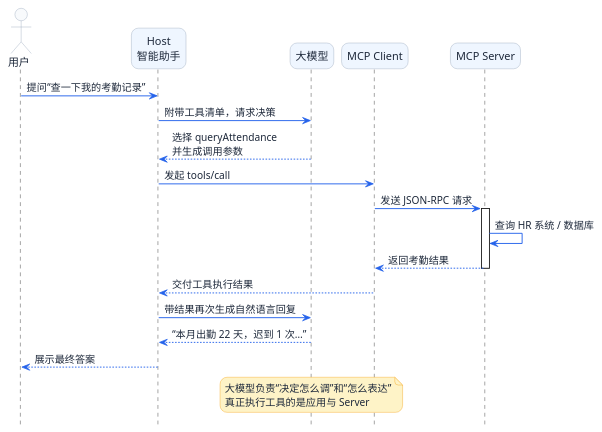
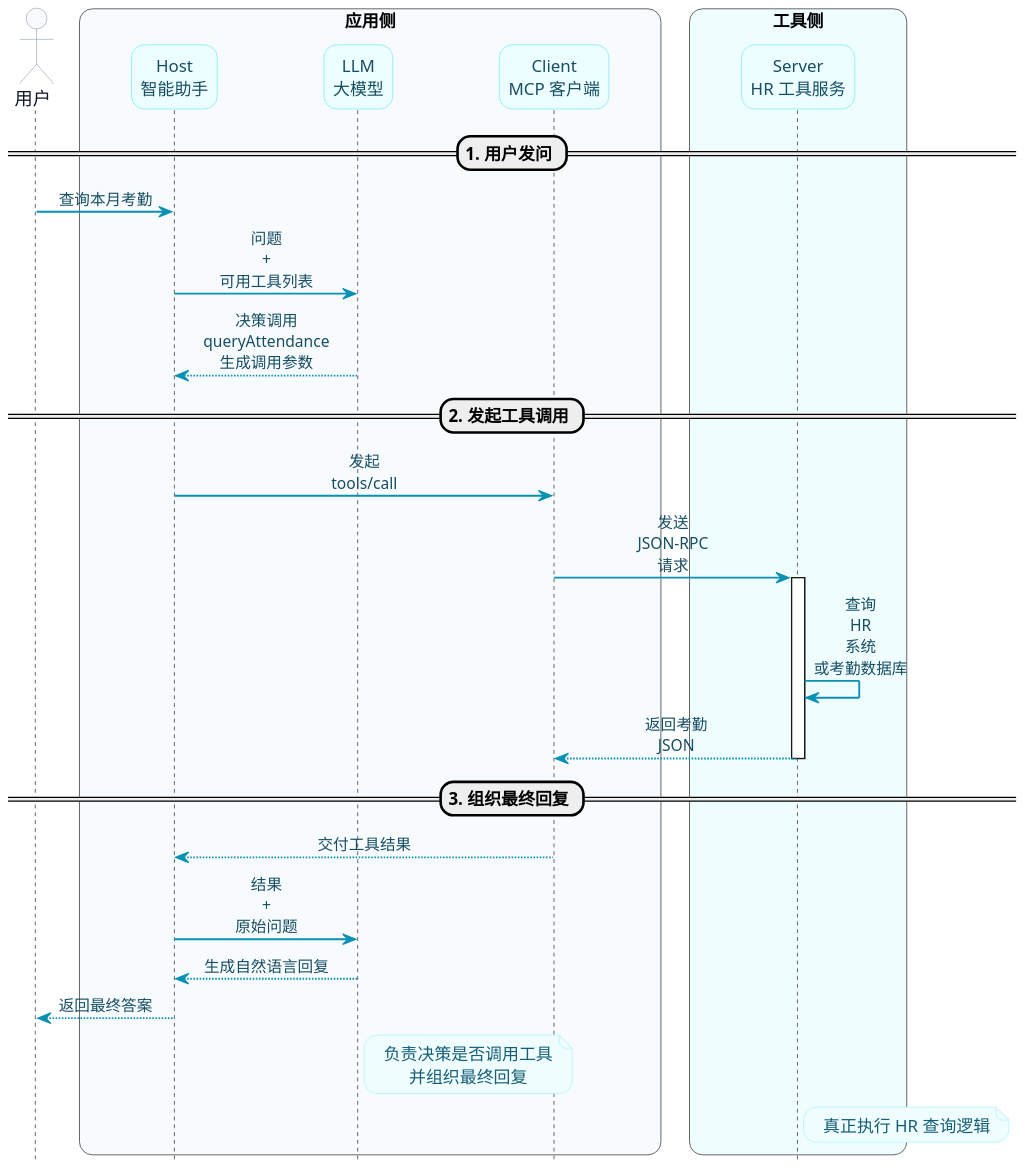
One commit to shining-stars-l/javaup changed the second of 2 diagrams in docs/55-超级智能体/25-MCP详细解析/01-揭开MCP协议的面纱.md. Above: the diagram before and after it, drawn with PlantUML.

Commit message:
修复流程图显示

````diff
--- a/docs/55-超级智能体/25-MCP详细解析/01-揭开MCP协议的面纱.md
+++ b/docs/55-超级智能体/25-MCP详细解析/01-揭开MCP协议的面纱.md
@@ -172,46 +172,73 @@
 ```plantuml title="一次完整的 MCP 工具调用流程" width="100%" align="left"
 @startuml
 hide footbox
 skinparam backgroundColor transparent
 skinparam shadowing false
-skinparam defaultFontColor #1E293B
-skinparam ArrowColor #2563EB
-skinparam ArrowThickness 1.2
-skinparam ParticipantBorderColor #94A3B8
-skinparam ParticipantBackgroundColor #EFF6FF
-skinparam ParticipantFontColor #1E293B
+skinparam dpi 160
+skinparam roundcorner 20
+skinparam defaultFontName "Microsoft YaHei"
+skinparam defaultFontSize 13
+skinparam defaultTextAlignment center
+skinparam sequenceMessageAlign center
+skinparam responseMessageBelowArrow true
+skinparam ParticipantPadding 36
+skinparam BoxPadding 10
+skinparam maxMessageSize 28
+skinparam ArrowColor #0891B2
+skinparam ArrowThickness 1.4
+skinparam ArrowFontColor #164E63
+skinparam ArrowFontSize 12
+skinparam ParticipantBorderColor #67E8F9
+skinparam ParticipantBackgroundColor #ECFEFF
+skinparam ParticipantFontColor #164E63
+skinparam ParticipantFontSize 13
 skinparam ActorBorderColor #94A3B8
 skinparam ActorBackgroundColor #F8FAFC
-skinparam ActorFontColor #1E293B
-skinparam LifeLineBorderColor #CBD5E1
+skinparam ActorFontColor #0F172A
+skinparam ActorFontSize 14
+skinparam LifeLineBorderColor #CFE8F3
 skinparam LifeLineBackgroundColor #FFFFFF
-skinparam NoteBorderColor #F59E0B
-skinparam NoteBackgroundColor #FEF3C7
-skinparam RoundCorner 18
+skinparam NoteBorderColor #A5F3FC
+skinparam NoteBackgroundColor #F0FDFF
+skinparam NoteFontColor #155E75
 
 actor 用户 as User
+box "应用侧" #F8FBFD
 participant "Host\n智能助手" as Host
-participant "大模型" as LLM
-participant "MCP Client" as Client
-participant "MCP Server" as Server
+participant "LLM\n大模型" as LLM
+participant "Client\nMCP 客户端" as Client
+end box
 
-User -> Host : 提问“查一下我的考勤记录”
-Host -> LLM : 附带工具清单，请求决策
-LLM --> Host : 选择 queryAttendance\n并生成调用参数
+box "工具侧" #F0FDFF
+participant "Server\nHR 工具服务" as Server
+end box
+
+== 1. 用户发问 ==
+User -> Host : 查询本月考勤
+Host -> LLM : 问题 + 可用工具列表
+LLM --> Host : 决策调用 queryAttendance\n生成调用参数
+
+== 2. 发起工具调用 ==
 Host -> Client : 发起 tools/call
 Client -> Server : 发送 JSON-RPC 请求
 activate Server
-Server -> Server : 查询 HR 系统 / 数据库
-Server --> Client : 返回考勤结果
+Server -> Server : 查询 HR 系统\n或考勤数据库
+Server --> Client : 返回考勤 JSON
 deactivate Server
-Client --> Host : 交付工具执行结果
-Host -> LLM : 带结果再次生成自然语言回复
-LLM --> Host : “本月出勤 22 天，迟到 1 次…”
-Host --> User : 展示最终答案
 
-note over LLM
-大模型负责“决定怎么调”和“怎么表达”
-真正执行工具的是应用与 Server
+== 3. 组织最终回复 ==
+Client --> Host : 交付工具结果
+Host -> LLM : 结果 + 原始问题
+LLM --> Host : 生成自然语言回复
+Host --> User : 返回最终答案
+
+note right of LLM
+负责决策是否调用工具
+并组织最终回复
+end note
+
+note right of Server
+真正执行 HR 查询逻辑
 end note
 @enduml
 ```
````
